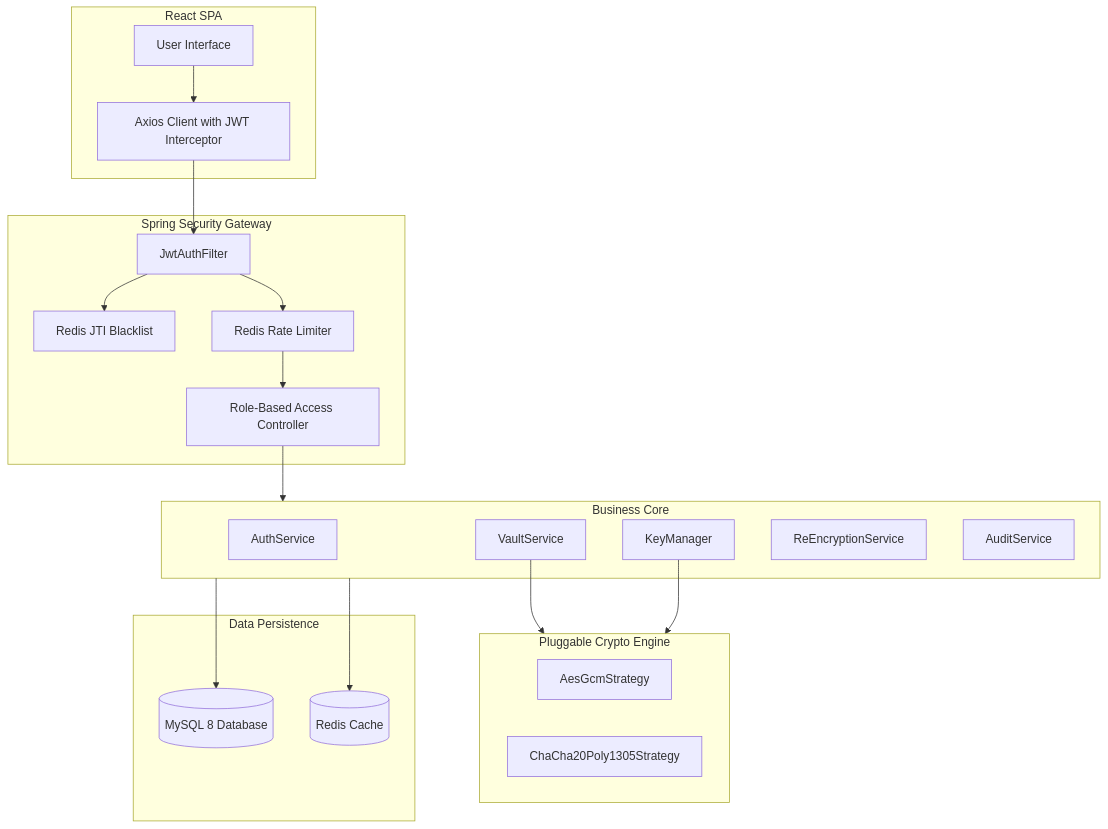
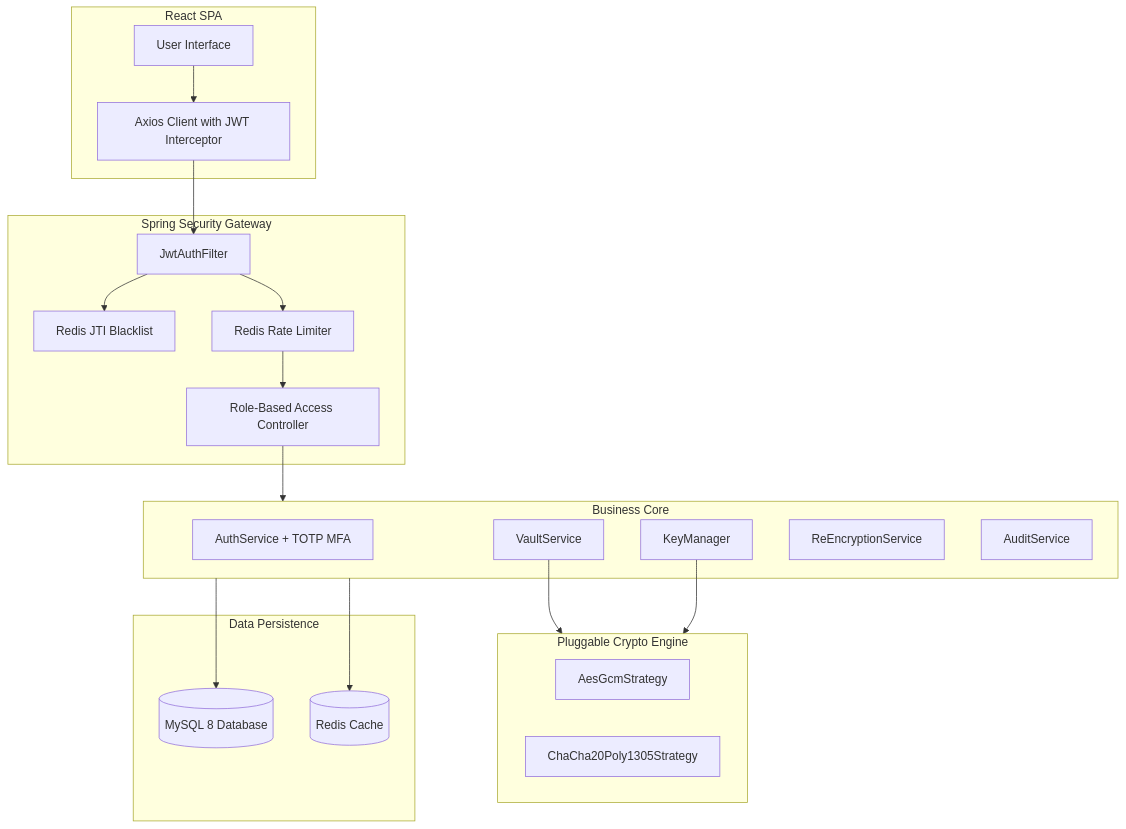
One commit to Jenak26/cryptovault changed the first of 3 diagrams in README.md. Above: the diagram before and after it, drawn with Mermaid. The commit also changed other lines of this file, not shown here.

````diff
--- a/README.md
+++ b/README.md
@@ -33,37 +67,37 @@
 ```mermaid
 flowchart TD
     subgraph Frontend [React SPA]
         UI[User Interface] --> API[Axios Client with JWT Interceptor]
     end
 
     subgraph Security [Spring Security Gateway]
         Filter[JwtAuthFilter] --> Blacklist[Redis JTI Blacklist]
         Filter --> Limiter[Redis Rate Limiter]
         Limiter --> RBAC[Role-Based Access Controller]
     end
 
     subgraph Services [Business Core]
-        Auth[AuthService]
+        Auth[AuthService + TOTP MFA]
         Vault[VaultService]
         KeyM[KeyManager]
         ReEnc[ReEncryptionService]
         Audit[AuditService]
     end
 
     subgraph EncryptionEngine [Pluggable Crypto Engine]
         Aes[AesGcmStrategy]
         ChaCha[ChaCha20Poly1305Strategy]
     end
 
     subgraph Data [Data Persistence]
         MySQL[(MySQL 8 Database)]
         Redis[(Redis Cache)]
     end
 
     API --> Filter
     RBAC --> Services
     Vault --> EncryptionEngine
     KeyM --> EncryptionEngine
     Services --> MySQL
     Services --> Redis
 ```
````
